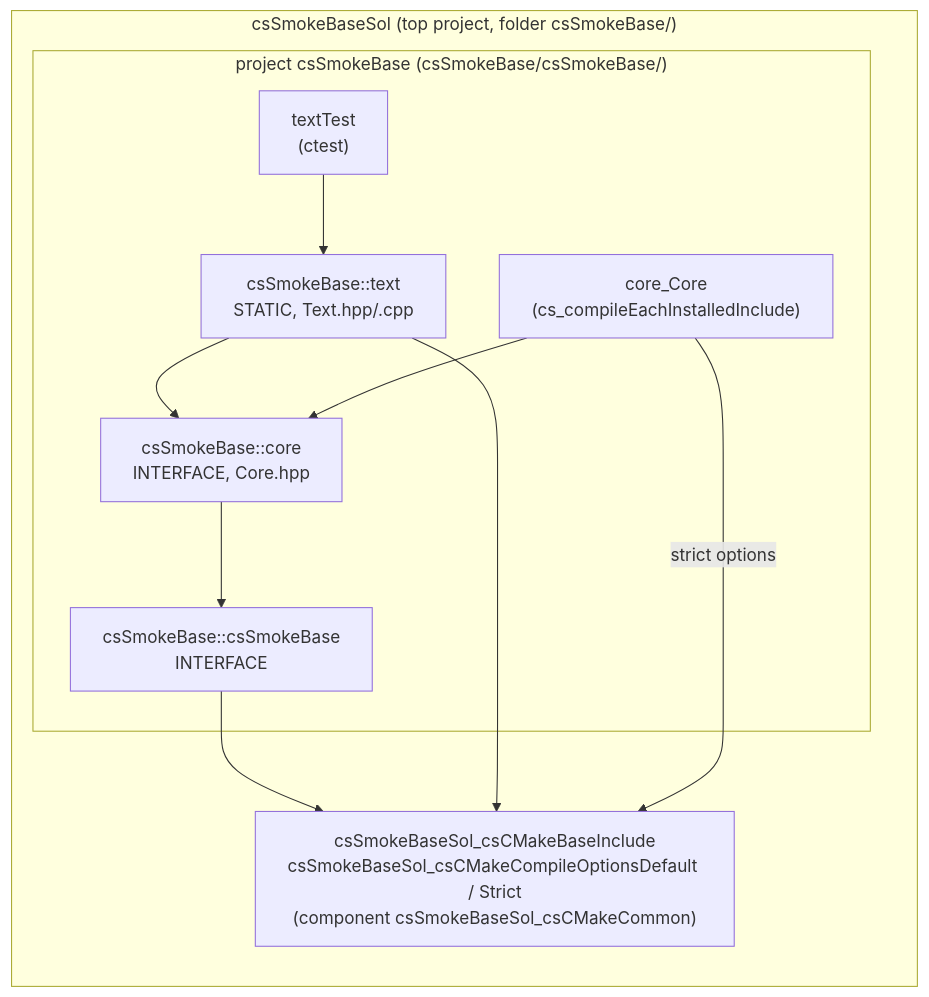
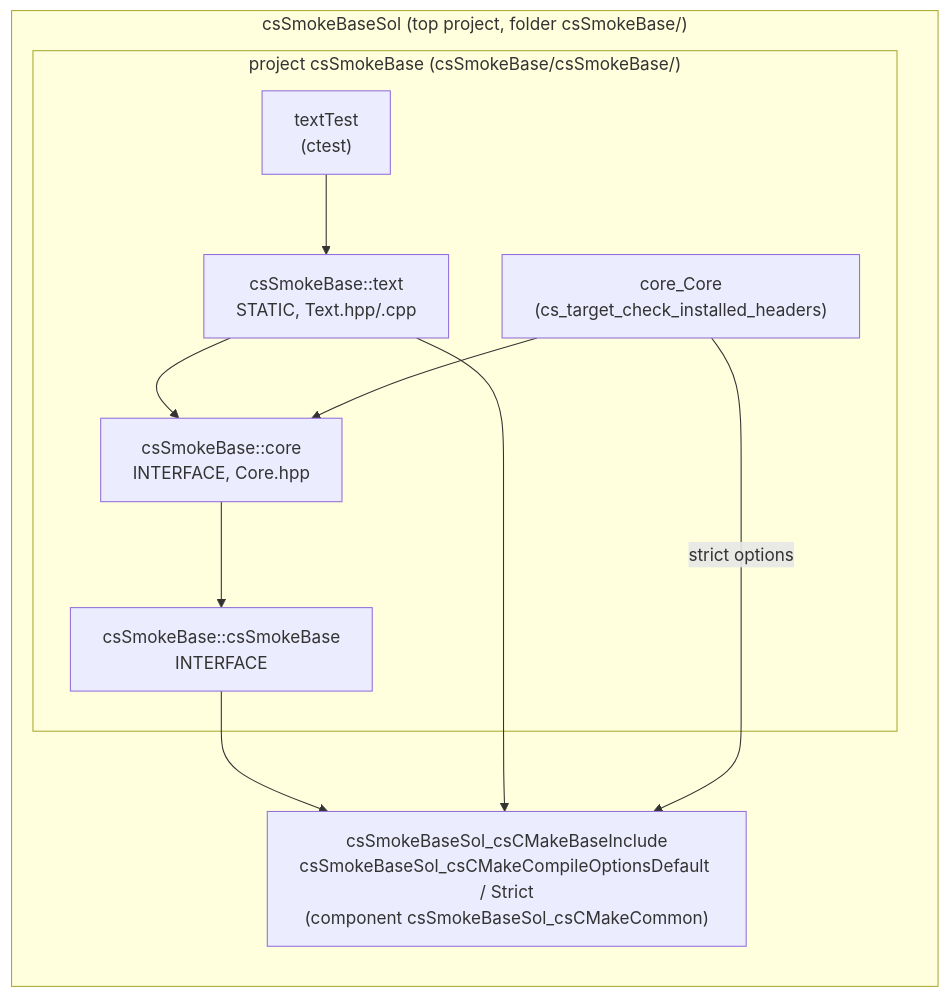
The second of 3 diagrams in tests/smoke/README.md (cscosine/csCMake), drawn with Mermaid before and after one commit. The commit also changed other lines of this file and 17 other files, not shown here.

````diff
--- a/tests/smoke/README.md
+++ b/tests/smoke/README.md
@@ -39,20 +39,20 @@
 ```mermaid
 flowchart BT
     subgraph sol["csSmokeBaseSol (top project, folder csSmokeBase/)"]
         common["csSmokeBaseSol_csCMakeBaseInclude<br/>csSmokeBaseSol_csCMakeCompileOptionsDefault / Strict<br/>(component csSmokeBaseSol_csCMakeCommon)"]
         subgraph pkg["project csSmokeBase (csSmokeBase/csSmokeBase/)"]
             root["csSmokeBase::csSmokeBase<br/>INTERFACE"]
             core["csSmokeBase::core<br/>INTERFACE, Core.hpp"]
             text["csSmokeBase::text<br/>STATIC, Text.hpp/.cpp"]
             textTest["textTest<br/>(ctest)"]
-            shc["core_Core<br/>(cs_compileEachInstalledInclude)"]
+            shc["core_Core<br/>(cs_target_check_installed_headers)"]
         end
     end
     root --> common
     core --> root
     text --> core
     text --> common
     textTest --> text
     shc --> core
     shc -->|strict options| common
 ```
````
